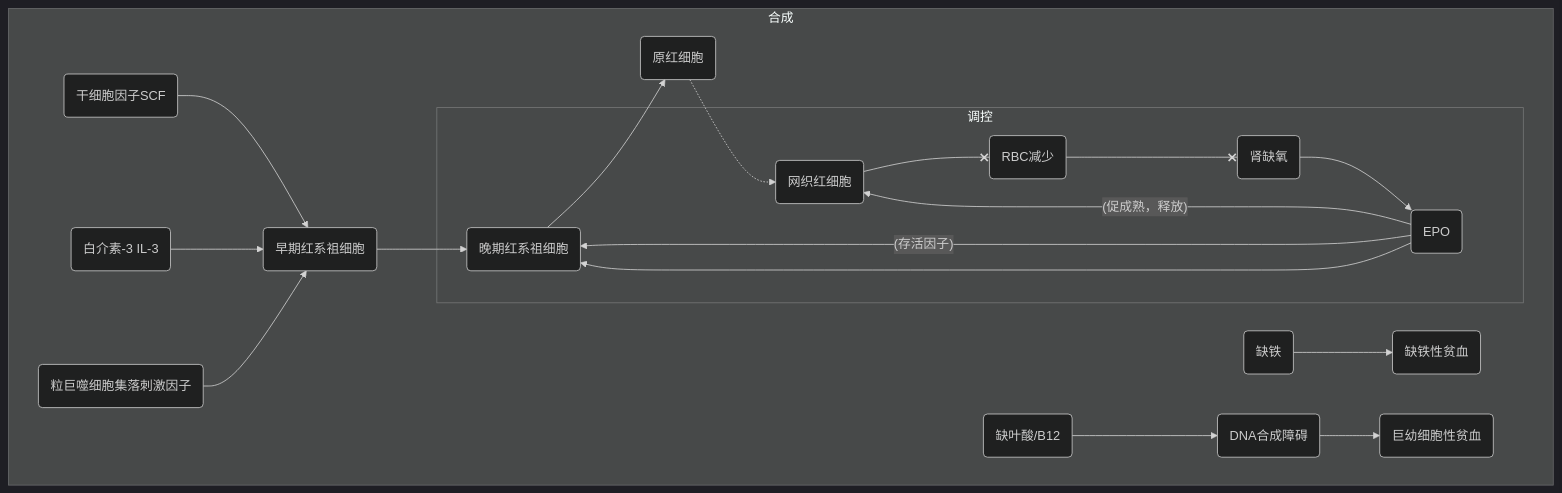
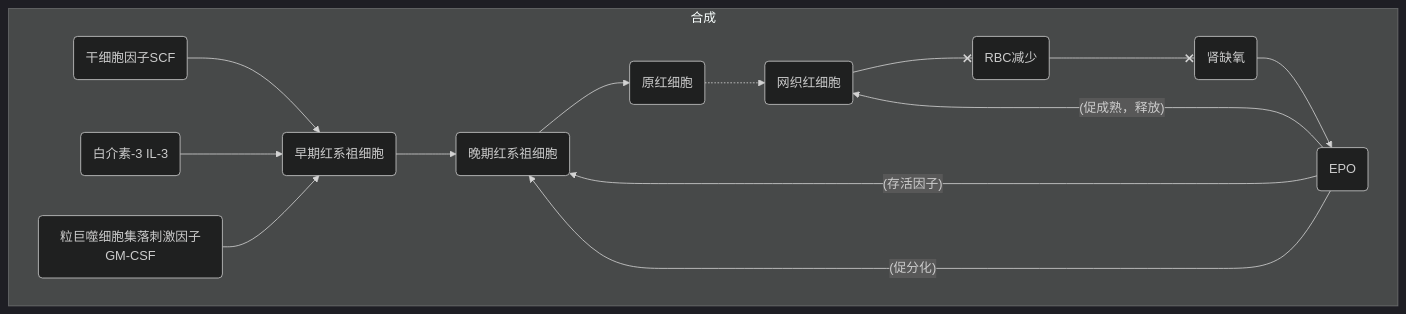
One commit to ChickenHu/notebook changed the third of 8 diagrams in Physiology/血液.md. Above: the diagram before and after it, drawn with Mermaid (dark theme). The commit also changed other lines of this file, not shown here.

````diff
--- a/Physiology/血液.md
+++ b/Physiology/血液.md
@@ -101,18 +128,14 @@
 ```mermaid
-flowchart TD
+flowchart
 subgraph 合成
-A(缺叶酸/B12)-->B(DNA合成障碍)-->C(巨幼细胞性贫血)
-D(缺铁)-->E(缺铁性贫血)
 F(早期红系祖细胞)-->G(晚期红系祖细胞)-->H(原红细胞)-.->I(网织红细胞)
 J(干细胞因子SCF)
 K(白介素-3 IL-3)
-L(粒巨噬细胞集落刺激因子)
+L(粒巨噬细胞集落刺激因子GM-CSF)
 J & K & L-->F
 M(EPO)--(存活因子)-->G
-	subgraph 调控
-	N(肾缺氧)-->M-->G
-	M--(促成熟，释放)-->I
-	I--xO(RBC减少)--xN
-	end
+N(肾缺氧)-->M--(促分化)-->G
+M--(促成熟，释放)-->I
+I--xO(RBC减少)--xN
 end
 ```
````
